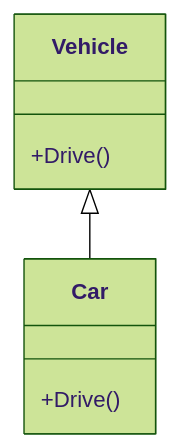
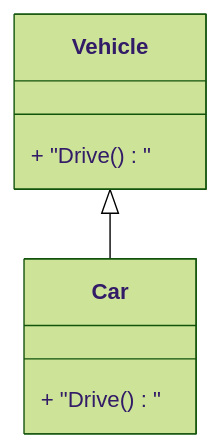
The tenth of 14 diagrams in content/post/2024/2024-10-15-csharp-class/index.md (42jerrykim/42jerrykim.github.io), drawn with Mermaid (forest theme) before and after one commit. The commit also changed other lines of this file and 239 other files, not shown here.

````diff
--- a/content/post/2024/2024-10-15-csharp-class/index.md
+++ b/content/post/2024/2024-10-15-csharp-class/index.md
@@ -964,10 +855,10 @@
 ```mermaid
 classDiagram
     class Vehicle {
-        +Drive()
+        + "Drive()"
     }
     class Car {
-        +Drive()
+        + "Drive()"
     }
     Vehicle <|-- Car
 ```
````
